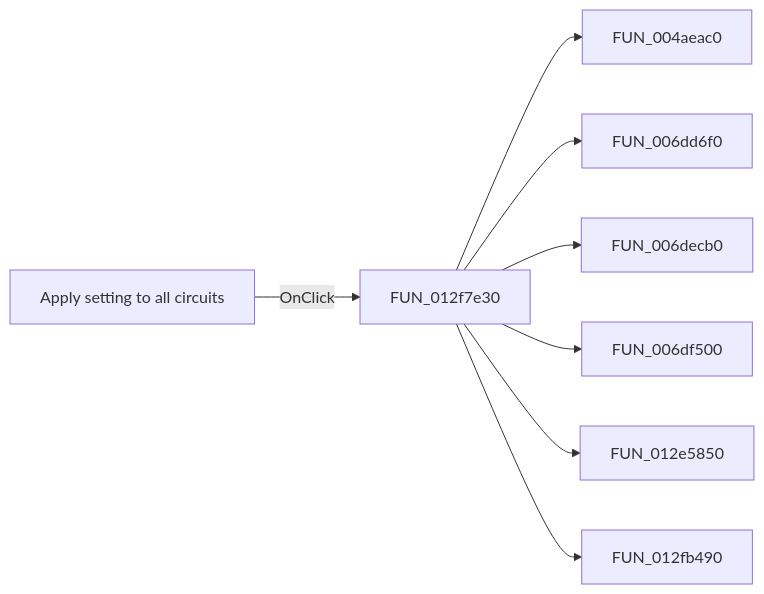
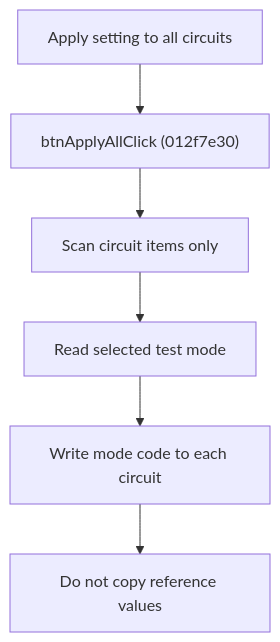
One commit to MovGP0/TIARA changed the diagram in docs/ui-controls/frmmodeltestbencheditor/btnapplyall-3f22ad9d67.md. Above: the diagram before and after it, drawn with Mermaid. The commit also changed other lines of this file and 387 other files, not shown here.

````diff
--- a/docs/ui-controls/frmmodeltestbencheditor/btnapplyall-3f22ad9d67.md
+++ b/docs/ui-controls/frmmodeltestbencheditor/btnapplyall-3f22ad9d67.md
@@ -27,10 +30,8 @@
 ```mermaid
-flowchart LR
-    control["Apply setting to all circuits"] -->|OnClick| handler["FUN_012f7e30"]
-    handler --> call1["FUN_004aeac0"]
-    handler --> call2["FUN_006dd6f0"]
-    handler --> call3["FUN_006decb0"]
-    handler --> call4["FUN_006df500"]
-    handler --> call5["FUN_012e5850"]
-    handler --> call6["FUN_012fb490"]
+flowchart TD
+    control["Apply setting to all circuits"] --> handler["btnApplyAllClick (012f7e30)"]
+    handler --> scan["Scan circuit items only"]
+    scan --> mode["Read selected test mode"]
+    mode --> store["Write mode code to each circuit"]
+    store --> done["Do not copy reference values"]
 ```
````
